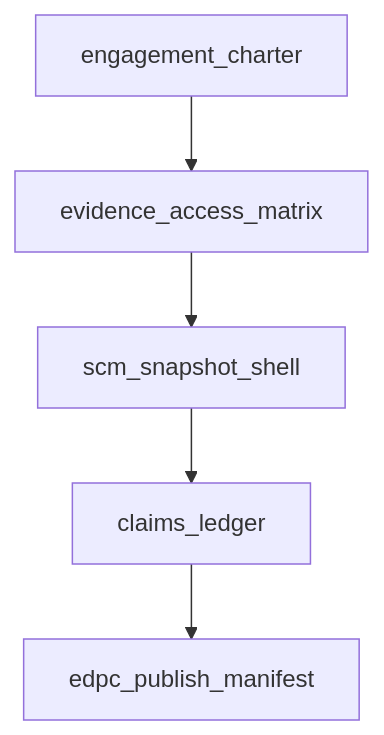
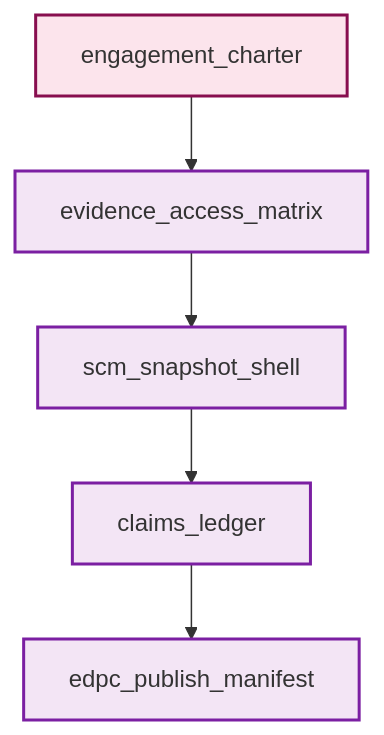
One commit to fareedst/tied changed diagram 11 of 14 in docs/stdd-workflows.md. Above: the diagram before and after it, drawn with Mermaid. The commit also changed other lines of this file and 18 other files, not shown here.

First line of the commit message:
Add STDD vocab visual encoding registry and term color index.

````diff
--- a/docs/stdd-workflows.md
+++ b/docs/stdd-workflows.md
@@ -239,12 +275,15 @@
 ```mermaid
 flowchart TD
-  charter[engagement_charter]
-  access[evidence_access_matrix]
-  scm[scm_snapshot_shell]
-  claims[claims_ledger]
-  publish[edpc_publish_manifest]
+  %% palette: docs/visual-encoding-standards.md
+  classDef domGovernanceChoice fill:#fce4ec,stroke:#880e4f,stroke-width:2px
+  classDef domEvidenceAssurance fill:#f3e5f5,stroke:#7b1fa2,stroke-width:2px
+  charter[engagement_charter]:::domGovernanceChoice
+  access[evidence_access_matrix]:::domEvidenceAssurance
+  scm[scm_snapshot_shell]:::domEvidenceAssurance
+  claims[claims_ledger]:::domEvidenceAssurance
+  publish[edpc_publish_manifest]:::domEvidenceAssurance
   charter --> access
   access --> scm
   scm --> claims
   claims --> publish
 ```
````
